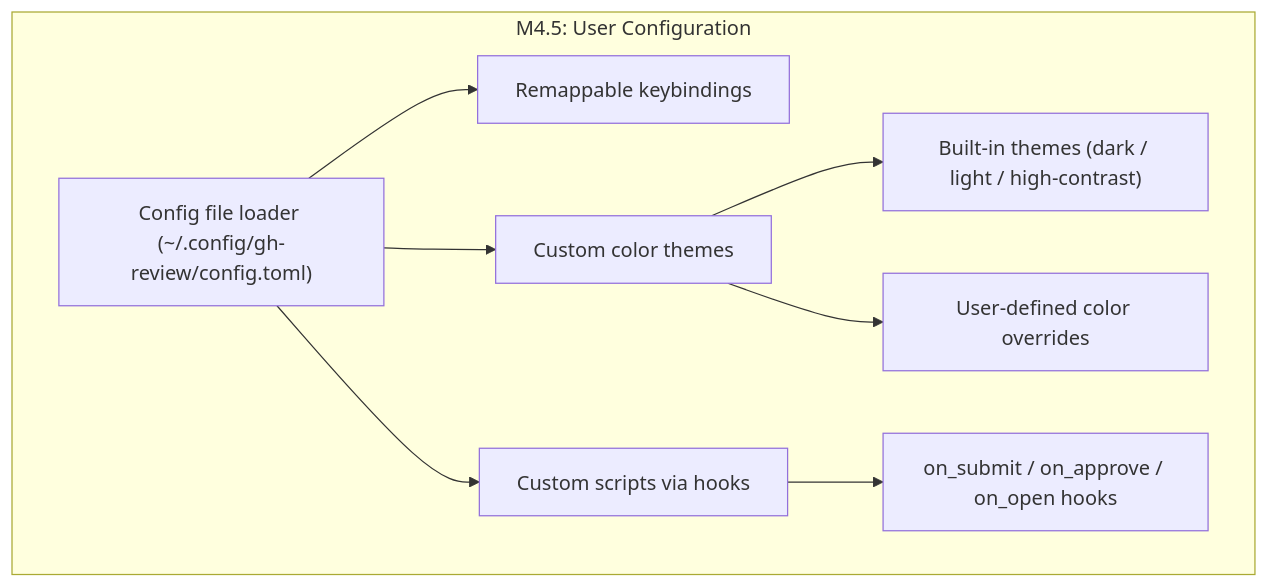
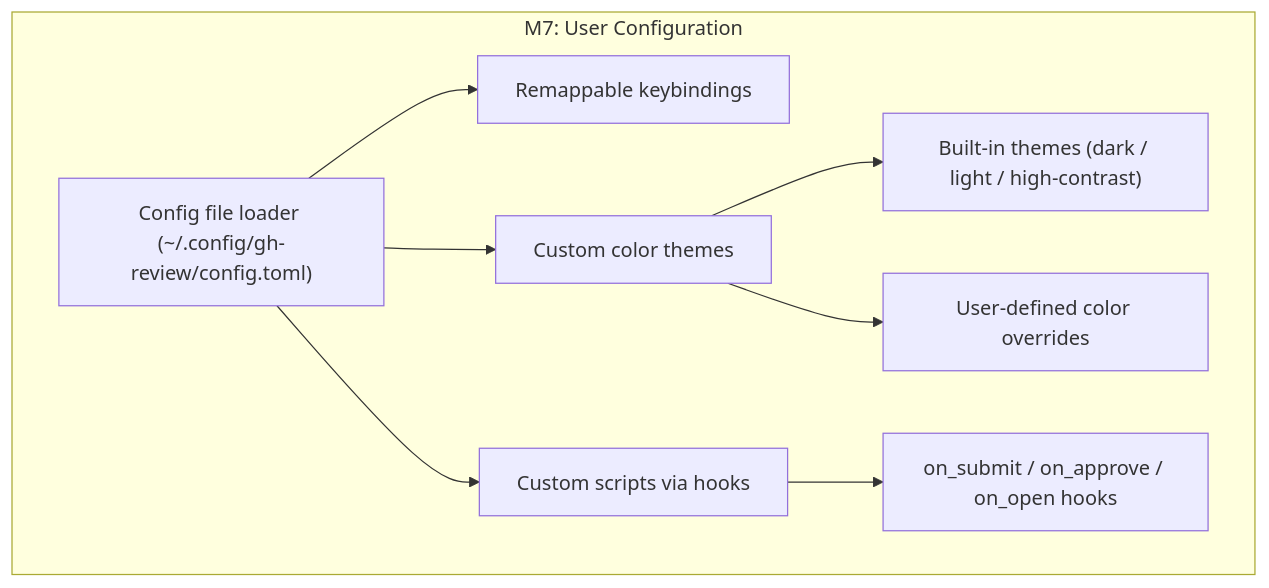
One commit to Neville-Loh/gh-review changed the eighth of 9 diagrams in docs/ROADMAP.md. Above: the diagram before and after it, drawn with Mermaid. The commit also changed other lines of this file and 25 other files, not shown here.

````diff
--- a/docs/ROADMAP.md
+++ b/docs/ROADMAP.md
@@ -181,11 +243,11 @@
 ```mermaid
 graph TD
-    subgraph m45 [M4.5: User Configuration]
+    subgraph m7 [M7: User Configuration]
         UC1["Config file loader (~/.config/gh-review/config.toml)"] --> UC2[Remappable keybindings]
         UC1 --> UC3[Custom color themes]
         UC1 --> UC4[Custom scripts via hooks]
         UC3 --> UC5["Built-in themes (dark / light / high-contrast)"]
         UC3 --> UC6["User-defined color overrides"]
         UC4 --> UC7["on_submit / on_approve / on_open hooks"]
     end
 ```
````
